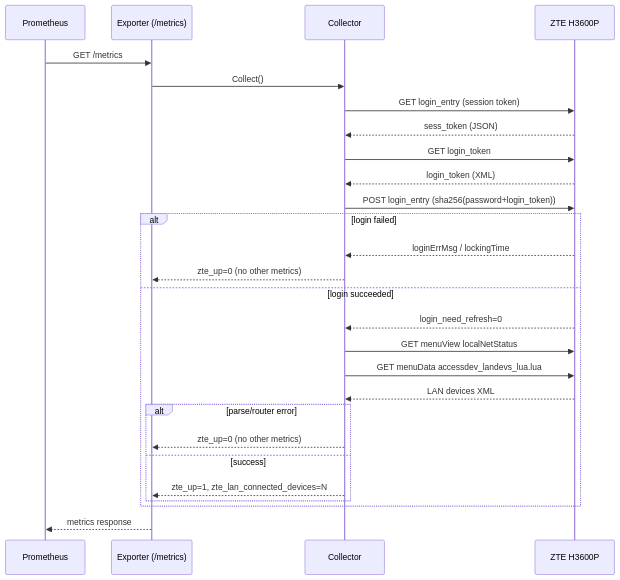
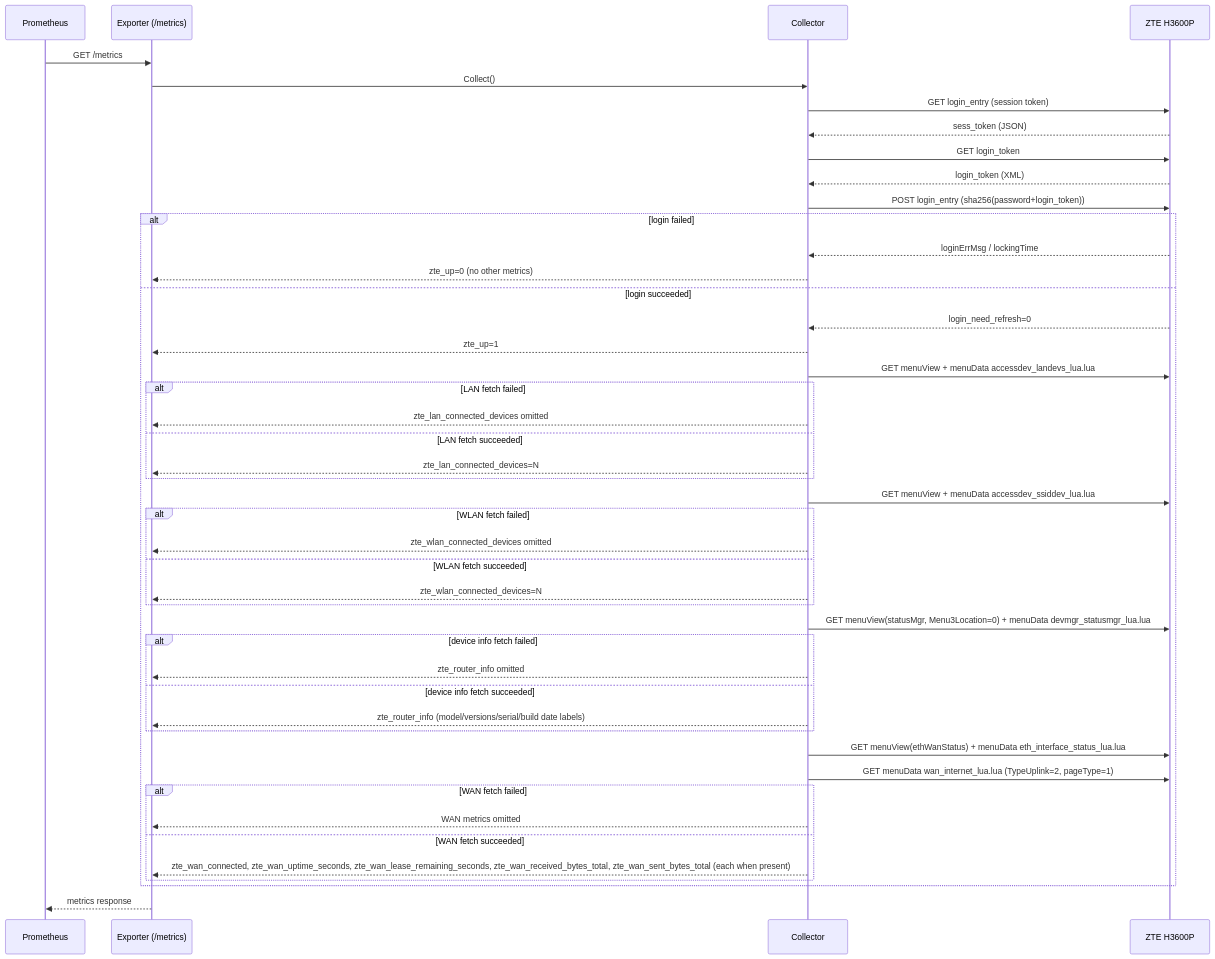
The diagram in docs/flows.md (cristianat98/ZTE-Exporter), drawn with Mermaid before and after one commit. The commit also changed other lines of this file and 13 other files, not shown here.

Commit message:
feat: Add WLAN, router health, and WAN status collectors (#2)

````diff
--- a/docs/flows.md
+++ b/docs/flows.md
@@ -8,30 +8,48 @@
 ```mermaid
 sequenceDiagram
     participant Prometheus
     participant Exporter as Exporter (/metrics)
     participant Collector
     participant Router as ZTE H3600P
 
     Prometheus->>Exporter: GET /metrics
     Exporter->>Collector: Collect()
     Collector->>Router: GET login_entry (session token)
     Router-->>Collector: sess_token (JSON)
     Collector->>Router: GET login_token
     Router-->>Collector: login_token (XML)
     Collector->>Router: POST login_entry (sha256(password+login_token))
     alt login failed
         Router-->>Collector: loginErrMsg / lockingTime
         Collector-->>Exporter: zte_up=0 (no other metrics)
     else login succeeded
         Router-->>Collector: login_need_refresh=0
-        Collector->>Router: GET menuView localNetStatus
-        Collector->>Router: GET menuData accessdev_landevs_lua.lua
-        Router-->>Collector: LAN devices XML
-        alt parse/router error
-            Collector-->>Exporter: zte_up=0 (no other metrics)
-        else success
-            Collector-->>Exporter: zte_up=1, zte_lan_connected_devices=N
+        Collector-->>Exporter: zte_up=1
+        Collector->>Router: GET menuView + menuData accessdev_landevs_lua.lua
+        alt LAN fetch failed
+            Collector-->>Exporter: zte_lan_connected_devices omitted
+        else LAN fetch succeeded
+            Collector-->>Exporter: zte_lan_connected_devices=N
+        end
+        Collector->>Router: GET menuView + menuData accessdev_ssiddev_lua.lua
+        alt WLAN fetch failed
+            Collector-->>Exporter: zte_wlan_connected_devices omitted
+        else WLAN fetch succeeded
+            Collector-->>Exporter: zte_wlan_connected_devices=N
+        end
+        Collector->>Router: GET menuView(statusMgr, Menu3Location=0) + menuData devmgr_statusmgr_lua.lua
+        alt device info fetch failed
+            Collector-->>Exporter: zte_router_info omitted
+        else device info fetch succeeded
+            Collector-->>Exporter: zte_router_info (model/versions/serial/build date labels)
+        end
+        Collector->>Router: GET menuView(ethWanStatus) + menuData eth_interface_status_lua.lua
+        Collector->>Router: GET menuData wan_internet_lua.lua (TypeUplink=2, pageType=1)
+        alt WAN fetch failed
+            Collector-->>Exporter: WAN metrics omitted
+        else WAN fetch succeeded
+            Collector-->>Exporter: zte_wan_connected, zte_wan_uptime_seconds, zte_wan_lease_remaining_seconds, zte_wan_received_bytes_total, zte_wan_sent_bytes_total (each when present)
         end
     end
     Exporter-->>Prometheus: metrics response
 ```
````
